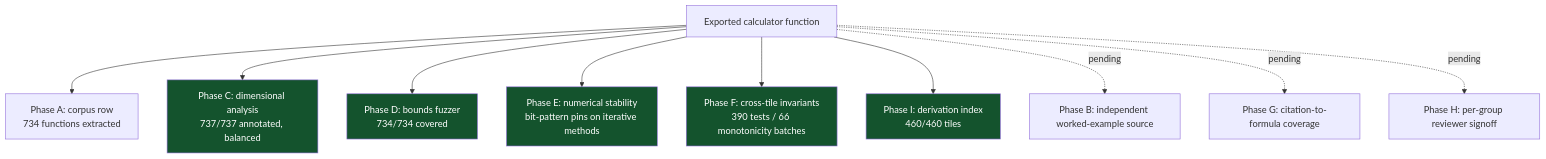
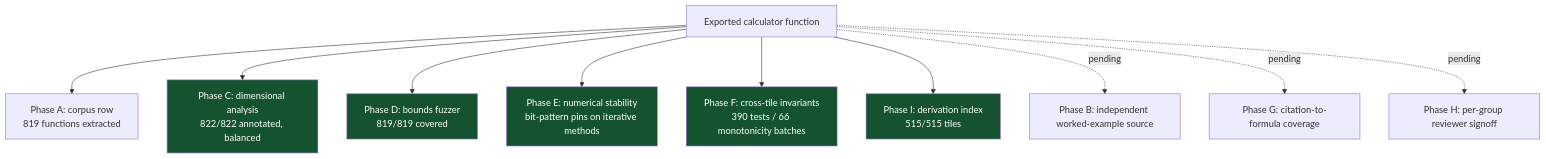
The fourth of 6 diagrams in README.md (clay-good/roughlogic.com), drawn with Mermaid before and after one commit. The commit also changed other lines of this file and 44 other files, not shown here.

````diff
--- a/README.md
+++ b/README.md
@@ -220,17 +222,17 @@
 ```mermaid
 flowchart TB
-    F[Exported calculator function] --> A[Phase A: corpus row\n734 functions extracted]
-    F --> C[Phase C: dimensional analysis\n737/737 annotated, balanced]
-    F --> D[Phase D: bounds fuzzer\n734/734 covered]
+    F[Exported calculator function] --> A[Phase A: corpus row\n819 functions extracted]
+    F --> C[Phase C: dimensional analysis\n822/822 annotated, balanced]
+    F --> D[Phase D: bounds fuzzer\n819/819 covered]
     F --> E[Phase E: numerical stability\nbit-pattern pins on iterative methods]
     F --> Fa[Phase F: cross-tile invariants\n390 tests / 66 monotonicity batches]
-    F --> I[Phase I: derivation index\n460/460 tiles]
+    F --> I[Phase I: derivation index\n515/515 tiles]
     F -.pending.-> B[Phase B: independent worked-example source]
     F -.pending.-> G[Phase G: citation-to-formula coverage]
     F -.pending.-> H[Phase H: per-group reviewer signoff]
     style C fill:#14532d,color:#fff
     style D fill:#14532d,color:#fff
     style E fill:#14532d,color:#fff
     style Fa fill:#14532d,color:#fff
     style I fill:#14532d,color:#fff
 ```
````
